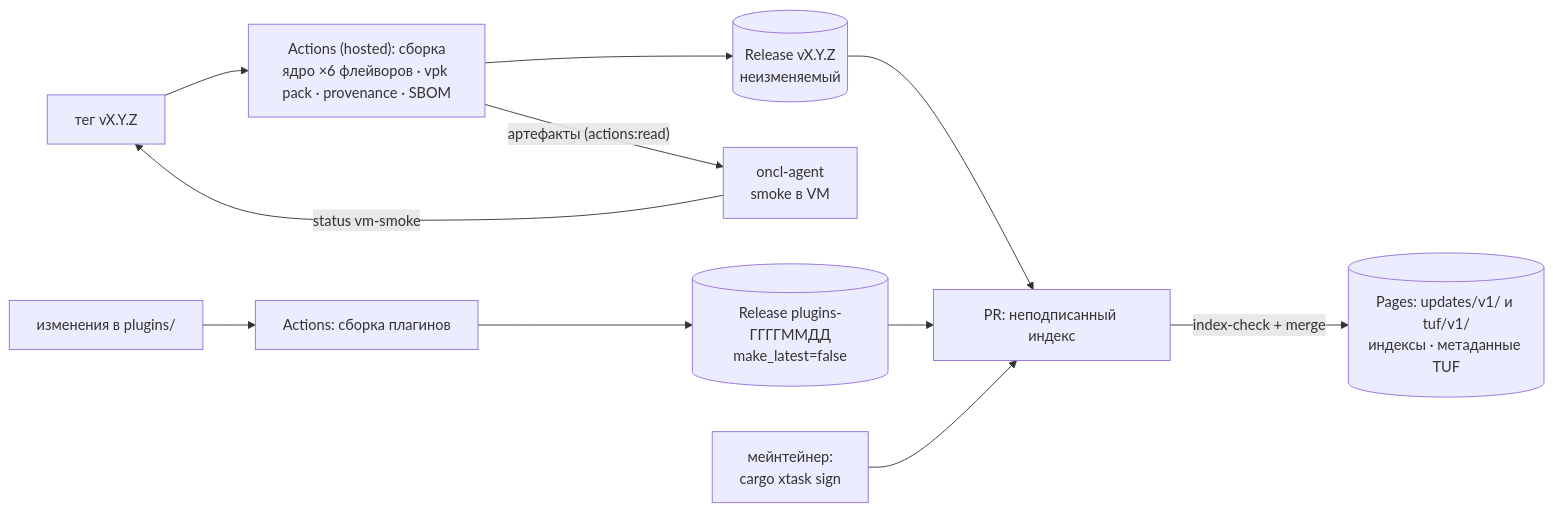
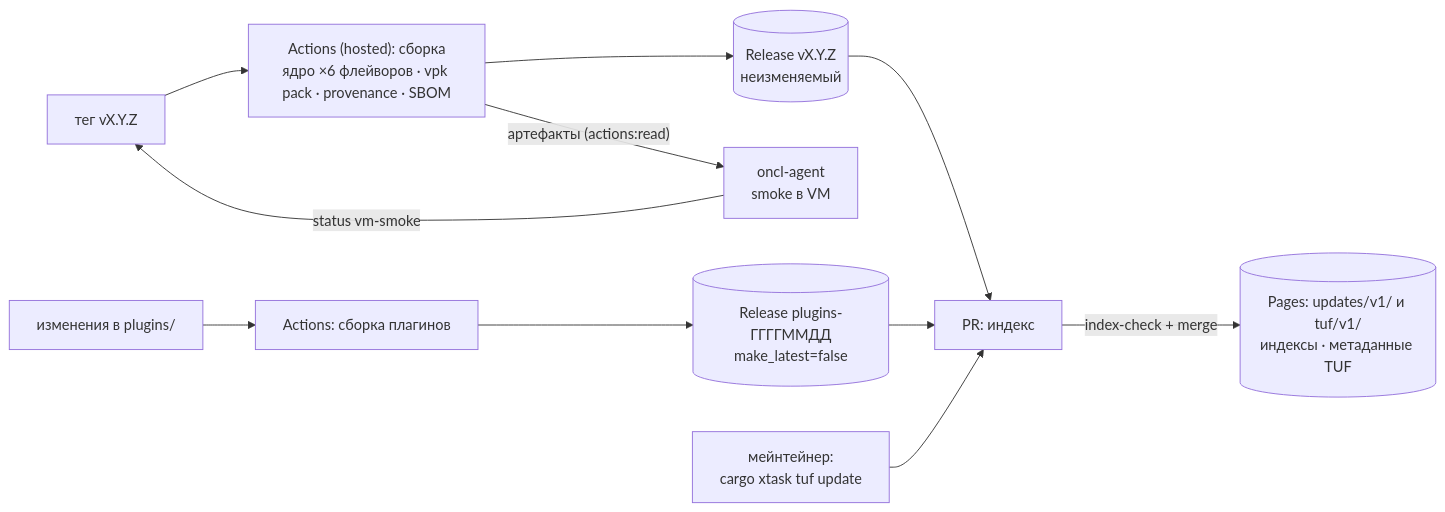
Before and after one commit to arynyklas/OpenNCALayer: the second of 3 diagrams in docs/design/roadmap.md, drawn with Mermaid. The commit also changed other lines of this file and 32 other files, not shown here.

````diff
--- a/docs/design/roadmap.md
+++ b/docs/design/roadmap.md
@@ -116,11 +116,11 @@
 ```mermaid
 flowchart LR
   TAG["тег vX.Y.Z"] --> CI["Actions (hosted): сборка<br/>ядро ×6 флейворов · vpk pack · provenance · SBOM"]
   CI --> REL[("Release vX.Y.Z<br/>неизменяемый")]
   CI -- "артефакты (actions:read)" --> AG["oncl-agent<br/>smoke в VM"]
   AG -- "status vm-smoke" --> TAG
   PL["изменения в plugins/"] --> CIP["Actions: сборка плагинов"] --> RELP[("Release plugins-ГГГГММДД<br/>make_latest=false")]
-  REL & RELP --> IDX["PR: неподписанный индекс"]
-  DEV["мейнтейнер:<br/>cargo xtask sign"] --> IDX
+  REL & RELP --> IDX["PR: индекс"]
+  DEV["мейнтейнер:<br/>cargo xtask tuf update"] --> IDX
   IDX -- "index-check + merge" --> PAGES[("Pages: updates/v1/ и tuf/v1/<br/>индексы · метаданные TUF")]
 ```
````
